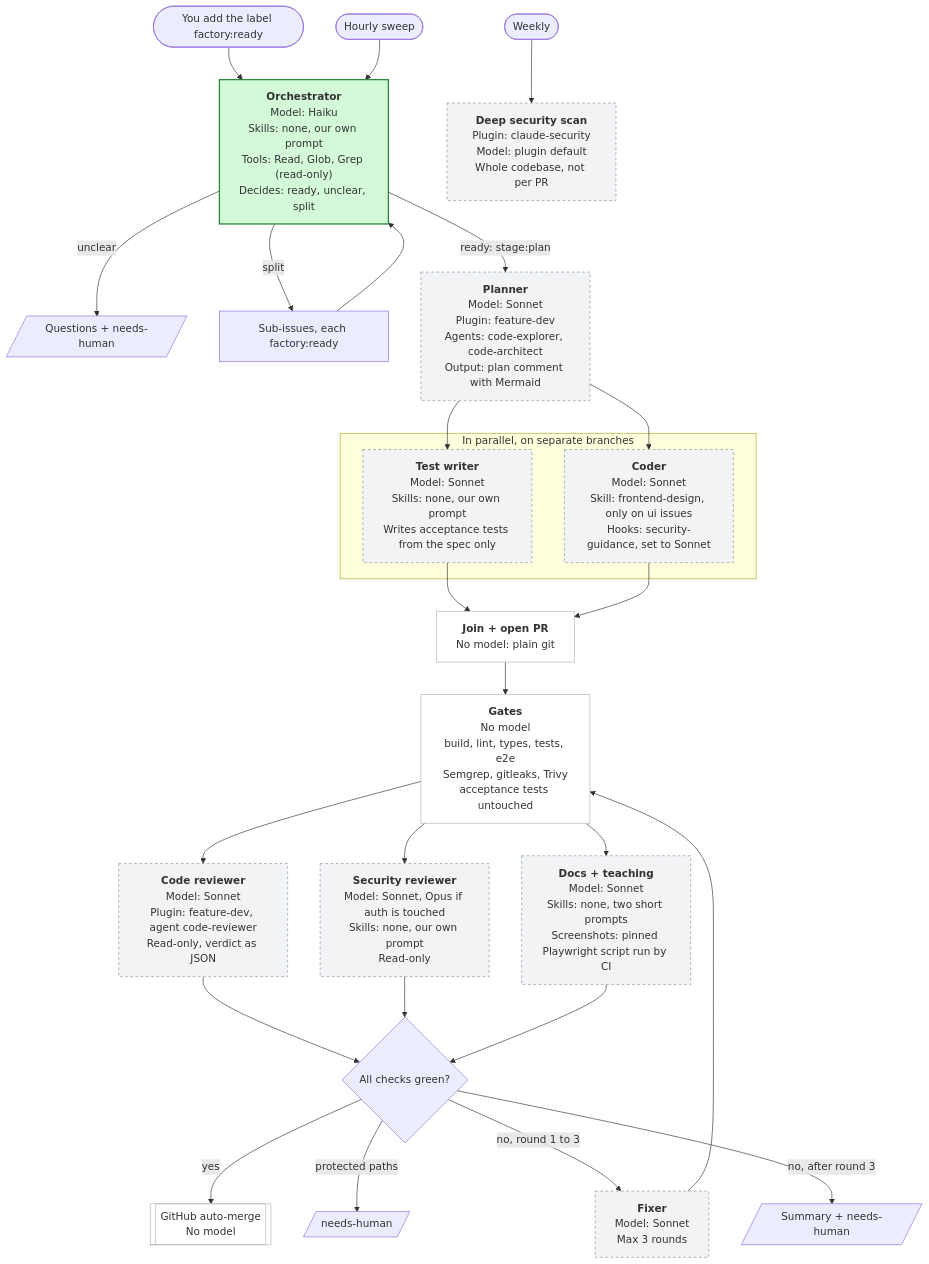
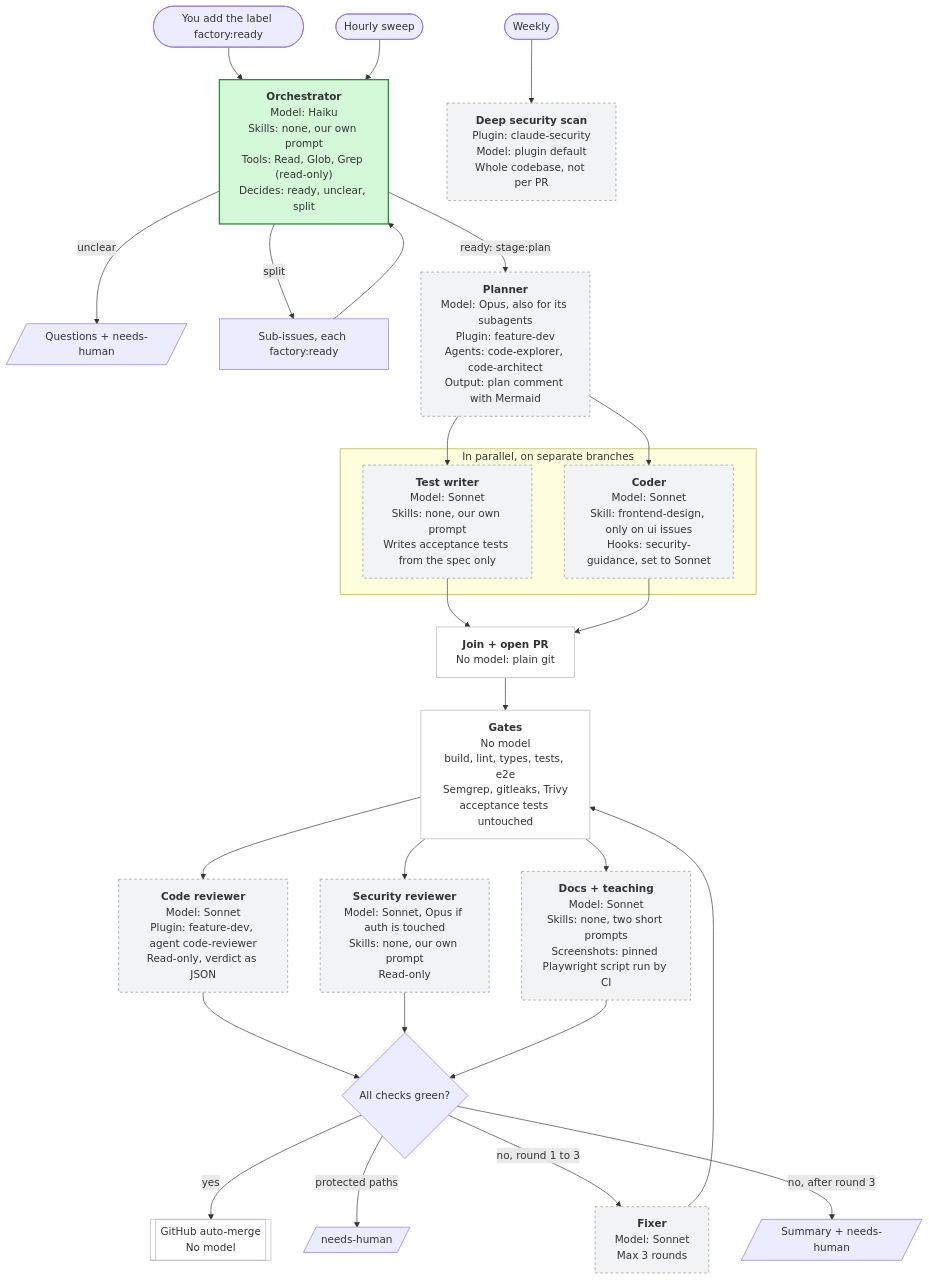
Before and after one commit to fjfj4/coding-factory: the diagram in docs/architecture/factory-overview.md, drawn with Mermaid. The commit also changed other lines of this file and 2 other files, not shown here.

Commit message:
docs(#21): run the planner on Opus, including its subagents

````diff
--- a/docs/architecture/factory-overview.md
+++ b/docs/architecture/factory-overview.md
@@ -5,41 +5,41 @@
 ```mermaid
 flowchart TD
   you(["You add the label factory:ready"]) --> orch
   cron(["Hourly sweep"]) --> orch
 
   orch["<b>Orchestrator</b><br/>Model: Haiku<br/>Skills: none, our own prompt<br/>Tools: Read, Glob, Grep (read-only)<br/>Decides: ready, unclear, split"]
   orch -->|"unclear"| h1[/"Questions + needs-human"/]
   orch -->|"split"| subs["Sub-issues, each factory:ready"] --> orch
   orch -->|"ready: stage:plan"| plan
 
-  plan["<b>Planner</b><br/>Model: Sonnet<br/>Plugin: feature-dev<br/>Agents: code-explorer, code-architect<br/>Output: plan comment with Mermaid"]
+  plan["<b>Planner</b><br/>Model: Opus, also for its subagents<br/>Plugin: feature-dev<br/>Agents: code-explorer, code-architect<br/>Output: plan comment with Mermaid"]
   plan --> tw & coder
 
   subgraph par["In parallel, on separate branches"]
     tw["<b>Test writer</b><br/>Model: Sonnet<br/>Skills: none, our own prompt<br/>Writes acceptance tests from the spec only"]
     coder["<b>Coder</b><br/>Model: Sonnet<br/>Skill: frontend-design, only on ui issues<br/>Hooks: security-guidance, set to Sonnet"]
   end
 
   tw & coder --> join["<b>Join + open PR</b><br/>No model: plain git"]
   join --> gates["<b>Gates</b><br/>No model<br/>build, lint, types, tests, e2e<br/>Semgrep, gitleaks, Trivy<br/>acceptance tests untouched"]
 
   gates --> cr & sr & docs
   cr["<b>Code reviewer</b><br/>Model: Sonnet<br/>Plugin: feature-dev, agent code-reviewer<br/>Read-only, verdict as JSON"]
   sr["<b>Security reviewer</b><br/>Model: Sonnet, Opus if auth is touched<br/>Skills: none, our own prompt<br/>Read-only"]
   docs["<b>Docs + teaching</b><br/>Model: Sonnet<br/>Skills: none, two short prompts<br/>Screenshots: pinned Playwright script run by CI"]
 
   cr & sr & docs --> decide{"All checks green?"}
   decide -->|"yes"| merge[["GitHub auto-merge<br/>No model"]]
   decide -->|"protected paths"| h2[/"needs-human"/]
   decide -->|"no, round 1 to 3"| fixer["<b>Fixer</b><br/>Model: Sonnet<br/>Max 3 rounds"] --> gates
   decide -->|"no, after round 3"| h3[/"Summary + needs-human"/]
 
   weekly(["Weekly"]) --> deep["<b>Deep security scan</b><br/>Plugin: claude-security<br/>Model: plugin default<br/>Whole codebase, not per PR"]
 
   classDef built fill:#d3f9d8,stroke:#2b8a3e,stroke-width:2px
   classDef planned fill:#f1f3f5,stroke:#868e96,stroke-dasharray:4
   classDef nomodel fill:#fff,stroke:#adb5bd
   class orch built
   class plan,tw,coder,cr,sr,docs,fixer,deep planned
   class join,gates,merge nomodel
 ```
````
